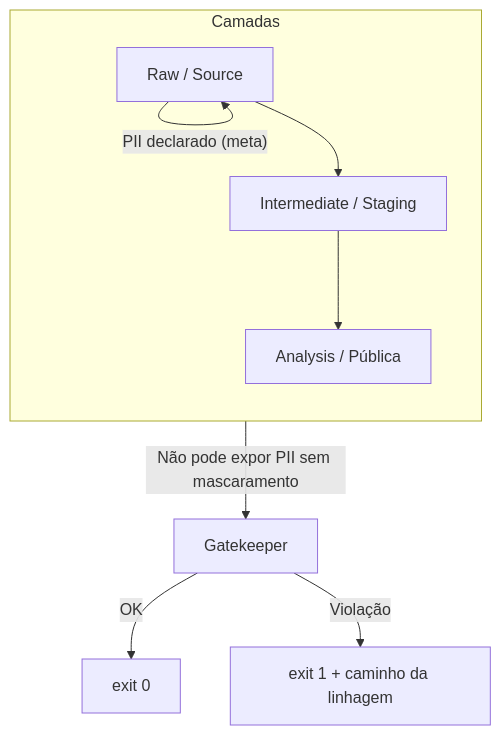
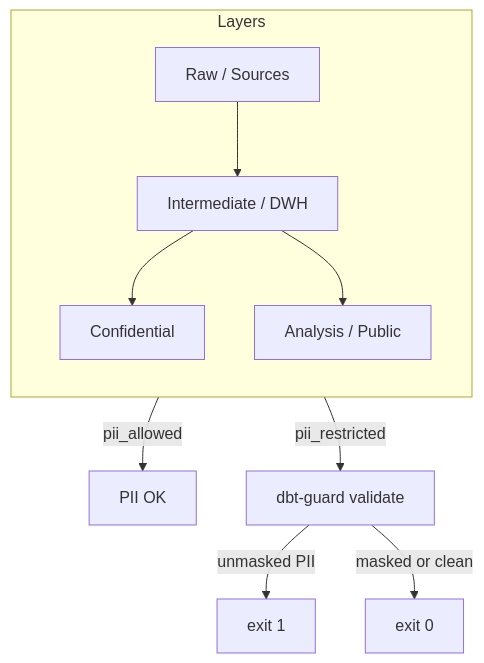
Before and after one commit to renatoprovi/dbt-guard: the fifth of 5 diagrams in docs/README.md, drawn with Mermaid. The commit also changed other lines of this file and 20 other files, not shown here.

````diff
--- a/docs/README.md
+++ b/docs/README.md
@@ -210,15 +196,17 @@
 ```mermaid
 flowchart TB
-    subgraph Camadas
+    subgraph Layers
         direction TB
-        R[Raw / Source]
-        I[Intermediate / Staging]
-        A[Analysis / Pública]
+        R[Raw / Sources]
+        I[Intermediate / DWH]
+        C[Confidential]
+        A[Analysis / Public]
     end
-    R -->|"PII declarado (meta)"| R
     R --> I
+    I --> C
     I --> A
-    A -->|"Não pode expor PII sem mascaramento"| G[Gatekeeper]
-    G -->|OK| OK[exit 0]
-    G -->|Violação| FAIL[exit 1 + caminho da linhagem]
+    C -->|"pii_allowed"| OK1[PII OK]
+    A -->|"pii_restricted"| G[dbt-guard validate]
+    G -->|unmasked PII| FAIL[exit 1]
+    G -->|masked or clean| OK2[exit 0]
 ```
````
